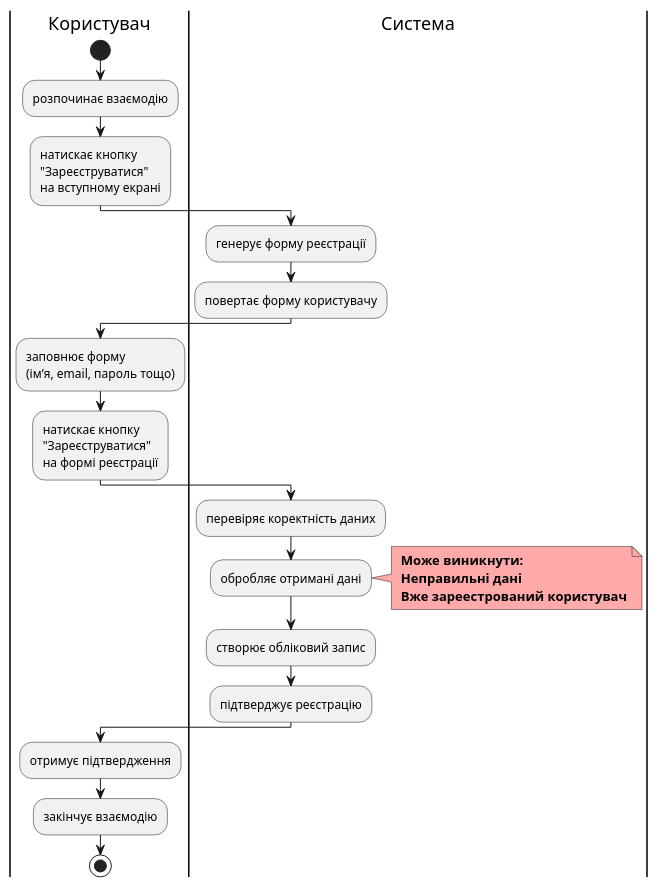
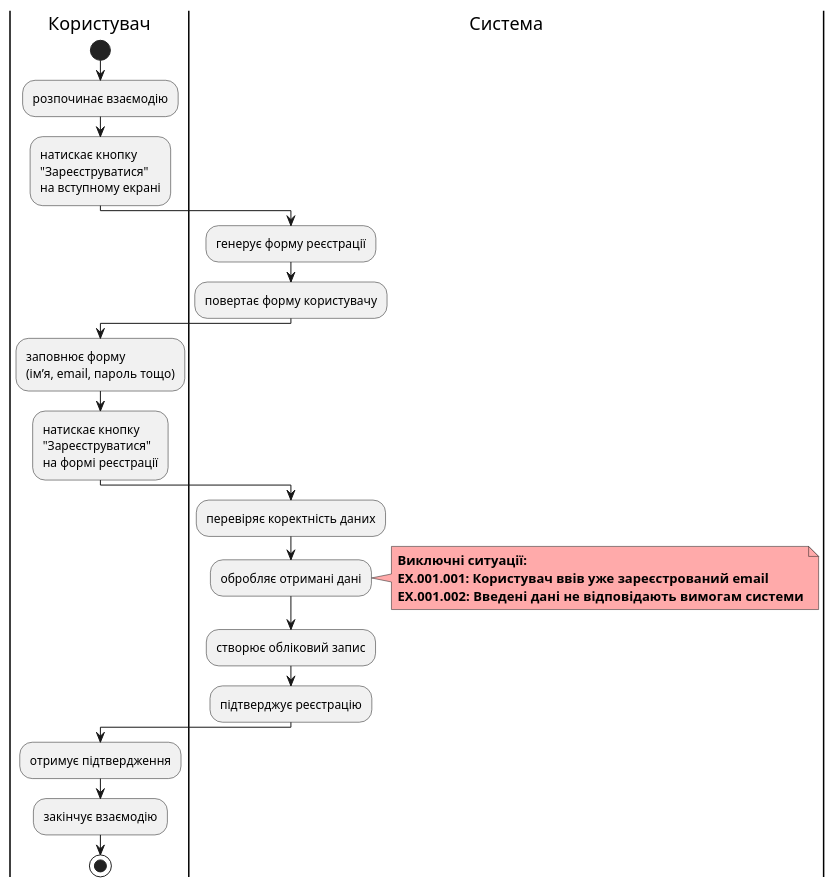
Before and after one commit to elidorbeth/edu_db_labs: the sixth of 11 diagrams in docs/use cases/README.md, drawn with PlantUML. The commit also changed other lines of this file, not shown here.

```diff
--- a/docs/use cases/README.md
+++ b/docs/use cases/README.md
@@ -236,34 +232,34 @@
 @startuml
 
 |Користувач|
 start
 :розпочинає взаємодію;
 :натискає кнопку\n"Зареєструватися"\nна вступному екрані;
 
 |Система|
 :генерує форму реєстрації;
 :повертає форму користувачу;
 
 |Користувач|
 :заповнює форму\n(ім’я, email, пароль тощо);
 :натискає кнопку\n"Зареєструватися"\nна формі реєстрації;
 
 |Система|
 :перевіряє коректність даних;
 
 :обробляє отримані дані;
 note right #ffaaaa
-<b> Може виникнути:
-<b> Неправильні дані
-<b> Вже зареестрований користувач
+<b>Виключні ситуації:
+<b>EX.001.001: Користувач ввів уже зареєстрований email
+<b>EX.001.002:  Введені дані не відповідають вимогам системи
 end note
 
 :створює обліковий запис;
 :підтверджує реєстрацію;
 
 |Користувач|
 :отримує підтвердження;
 :закінчує взаємодію;
 stop
 
 @enduml
```
